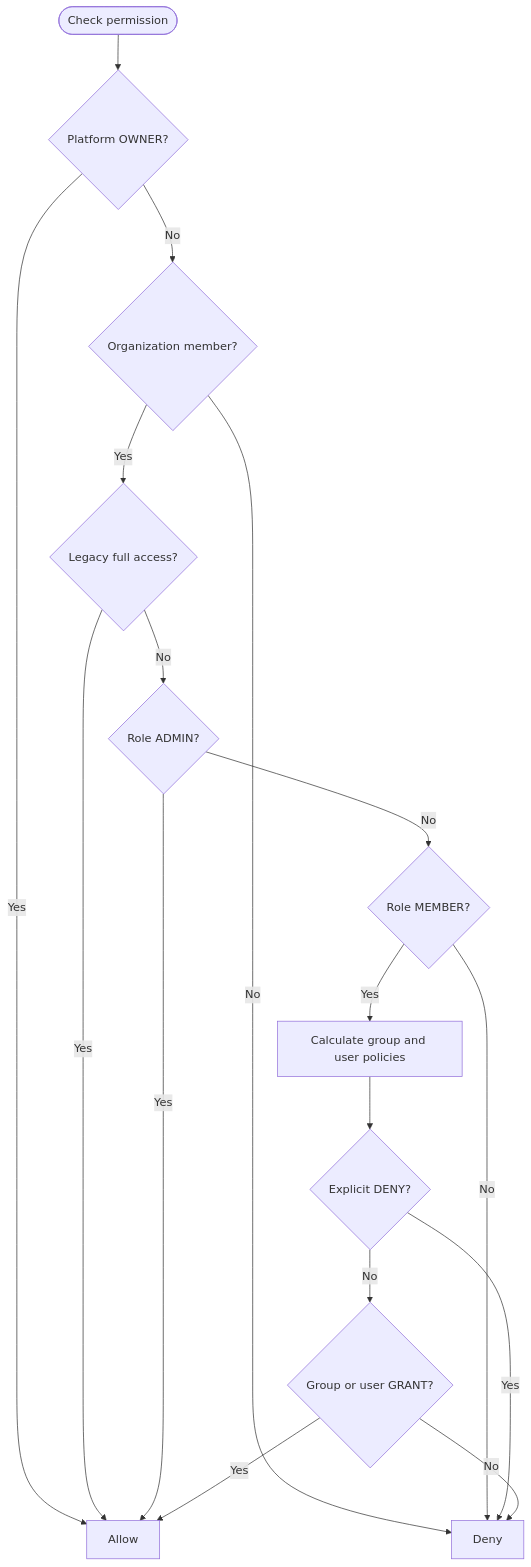
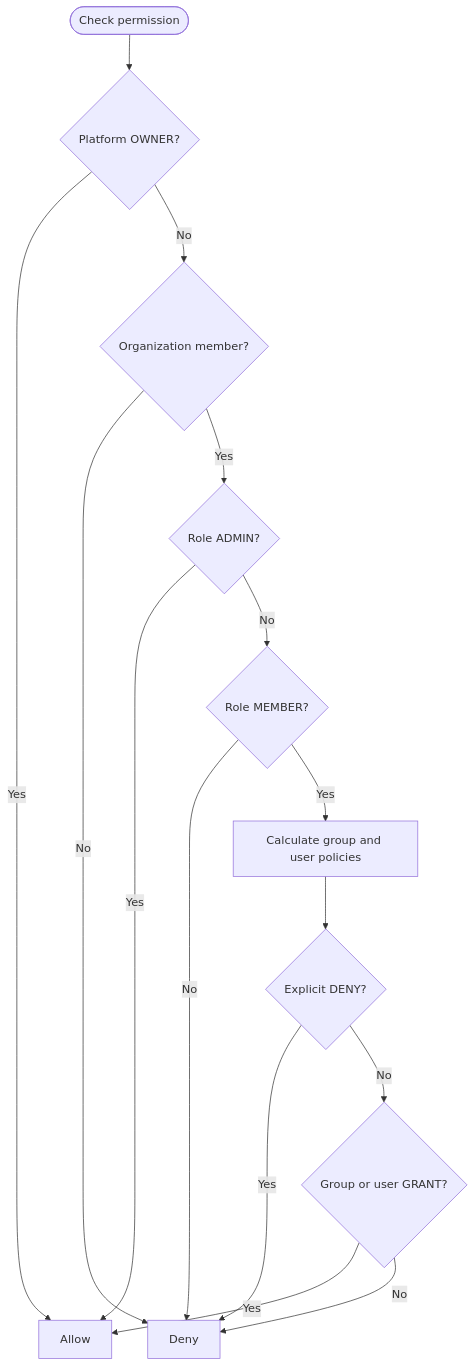
Before and after one commit to ananddub/openoxide: the third of 5 diagrams in docs/permission.md, drawn with Mermaid. The commit also changed other lines of this file and 7 other files, not shown here.

Commit message:
feat(permission): remove legacy full access and associated compatibility checks

````diff
--- a/docs/permission.md
+++ b/docs/permission.md
@@ -125,19 +124,17 @@
 ```mermaid
 flowchart TD
     S([Check permission]) --> P{Platform OWNER?}
     P -->|Yes| ALLOW[Allow]
     P -->|No| M{Organization member?}
     M -->|No| DENY[Deny]
-    M -->|Yes| L{Legacy full access?}
-    L -->|Yes| ALLOW
-    L -->|No| A{Role ADMIN?}
+    M -->|Yes| A{Role ADMIN?}
     A -->|Yes| ALLOW
     A -->|No| MR{Role MEMBER?}
     MR -->|No| DENY
     MR -->|Yes| EP[Calculate group and user policies]
     EP --> UD{Explicit DENY?}
     UD -->|Yes| DENY
     UD -->|No| UG{Group or user GRANT?}
     UG -->|Yes| ALLOW
     UG -->|No| DENY
 ```
````
